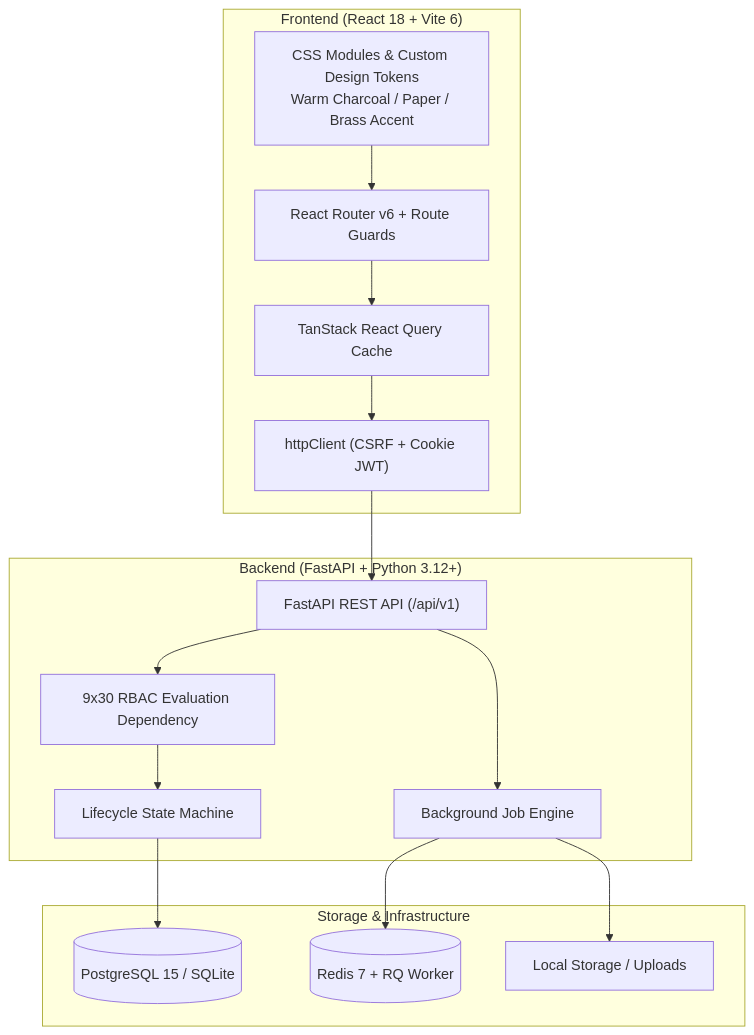
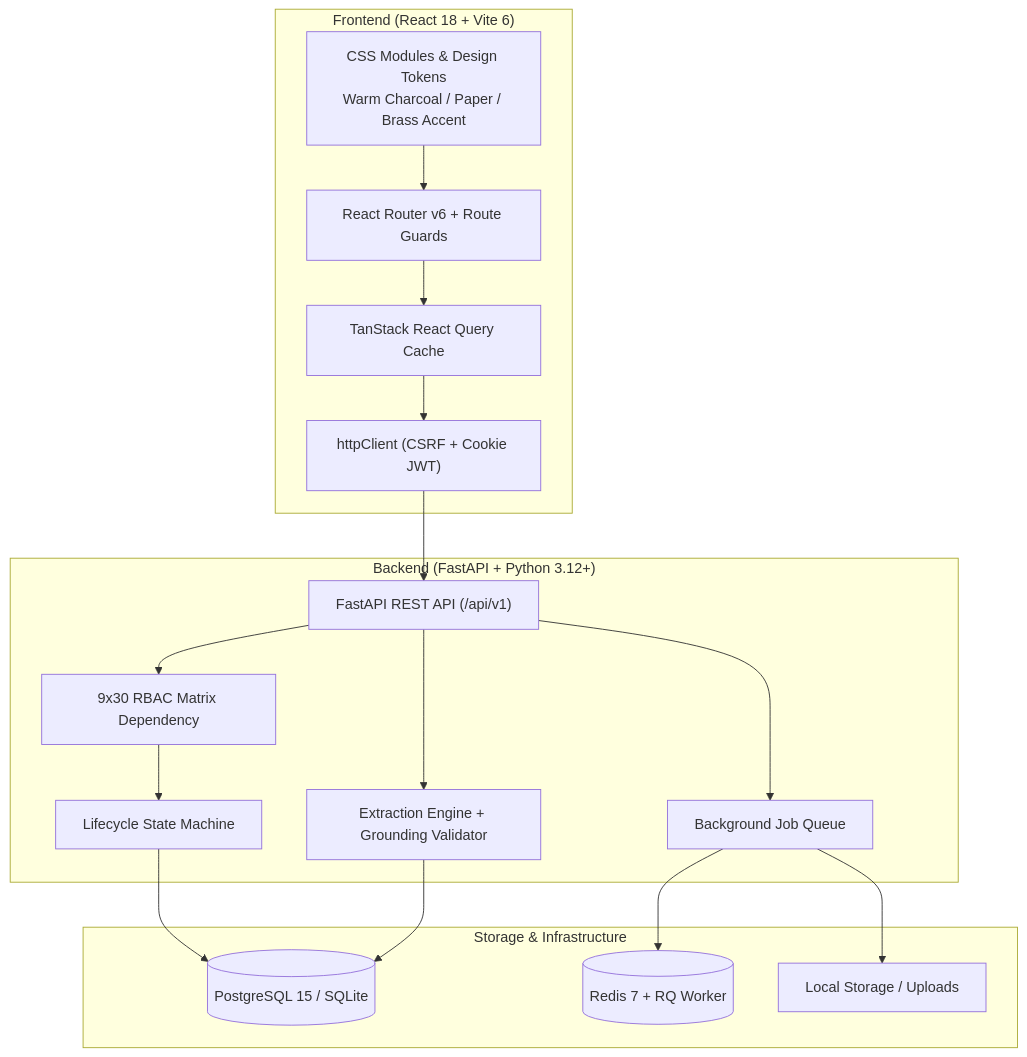
Before and after one commit to EhsaasBhalla/HandoffScope: the diagram in README.md, drawn with Mermaid. The commit also changed other lines of this file and 29 other files, not shown here.

````diff
--- a/README.md
+++ b/README.md
@@ -40,27 +43,29 @@
 ```mermaid
 flowchart TD
     subgraph Frontend["Frontend (React 18 + Vite 6)"]
-        UI["CSS Modules & Custom Design Tokens<br/>Warm Charcoal / Paper / Brass Accent"]
+        UI["CSS Modules & Design Tokens<br/>Warm Charcoal / Paper / Brass Accent"]
         Router["React Router v6 + Route Guards"]
         Query["TanStack React Query Cache"]
         Client["httpClient (CSRF + Cookie JWT)"]
     end
 
     subgraph Backend["Backend (FastAPI + Python 3.12+)"]
         API["FastAPI REST API (/api/v1)"]
-        RBAC["9x30 RBAC Evaluation Dependency"]
+        RBAC["9x30 RBAC Matrix Dependency"]
         SM["Lifecycle State Machine"]
-        Jobs["Background Job Engine"]
+        AI["Extraction Engine + Grounding Validator"]
+        Jobs["Background Job Queue"]
     end
 
     subgraph Storage["Storage & Infrastructure"]
         DB[("PostgreSQL 15 / SQLite")]
         Queue[("Redis 7 + RQ Worker")]
         Files["Local Storage / Uploads"]
     end
 
     UI --> Router --> Query --> Client --> API
     API --> RBAC --> SM --> DB
+    API --> AI --> DB
     API --> Jobs --> Queue
     Jobs --> Files
 ```
````
